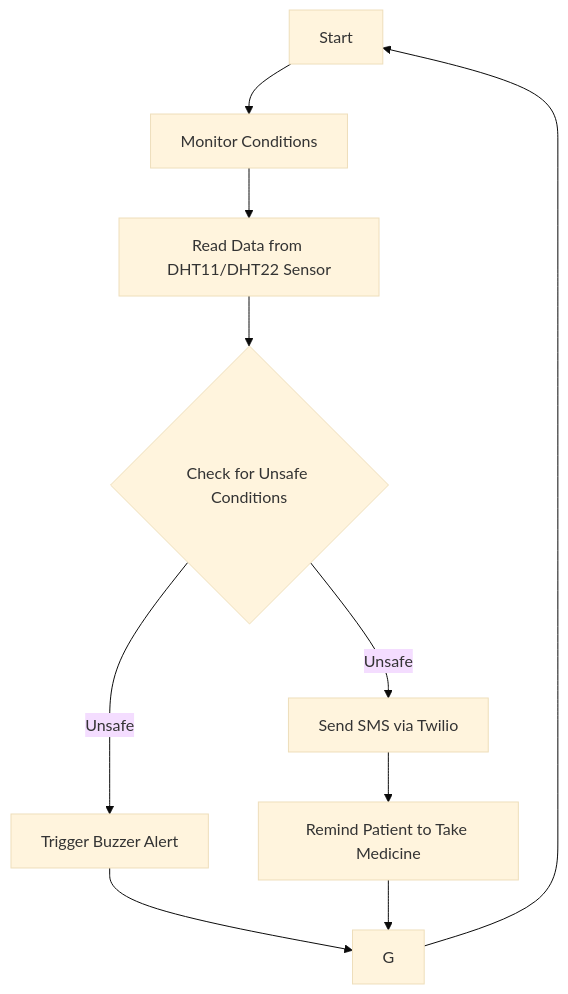
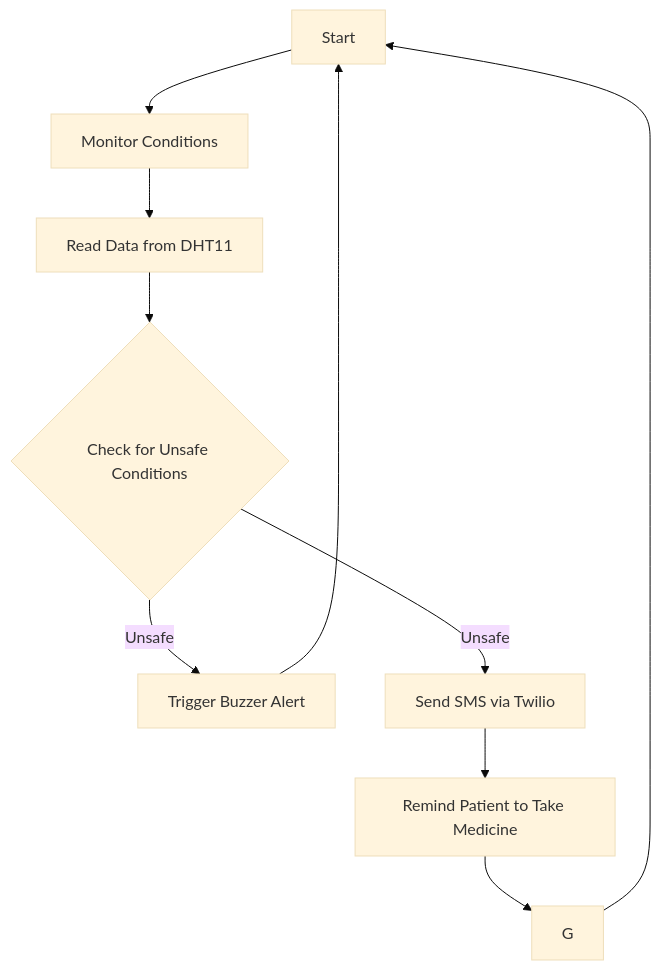
The diagram in README.md (ThamilezaiAnanthakumar/Medi_BoX), drawn with Mermaid (base theme) before and after one commit.

````diff
--- a/README.md
+++ b/README.md
@@ -19,12 +19,12 @@
 ```mermaid
 graph TD
     A[Start] --> B[Monitor Conditions]
-    B --> C[Read Data from DHT11/DHT22 Sensor]
+    B --> C[Read Data from DHT11]
     C --> D{Check for Unsafe Conditions}
     D -- Unsafe --> E[Trigger Buzzer Alert]
     D -- Unsafe --> F[Send SMS via Twilio]
-    E --> G
+    E --> A
     F --> H[Remind Patient to Take Medicine]
     H --> G
     G --> A
 ```
````
